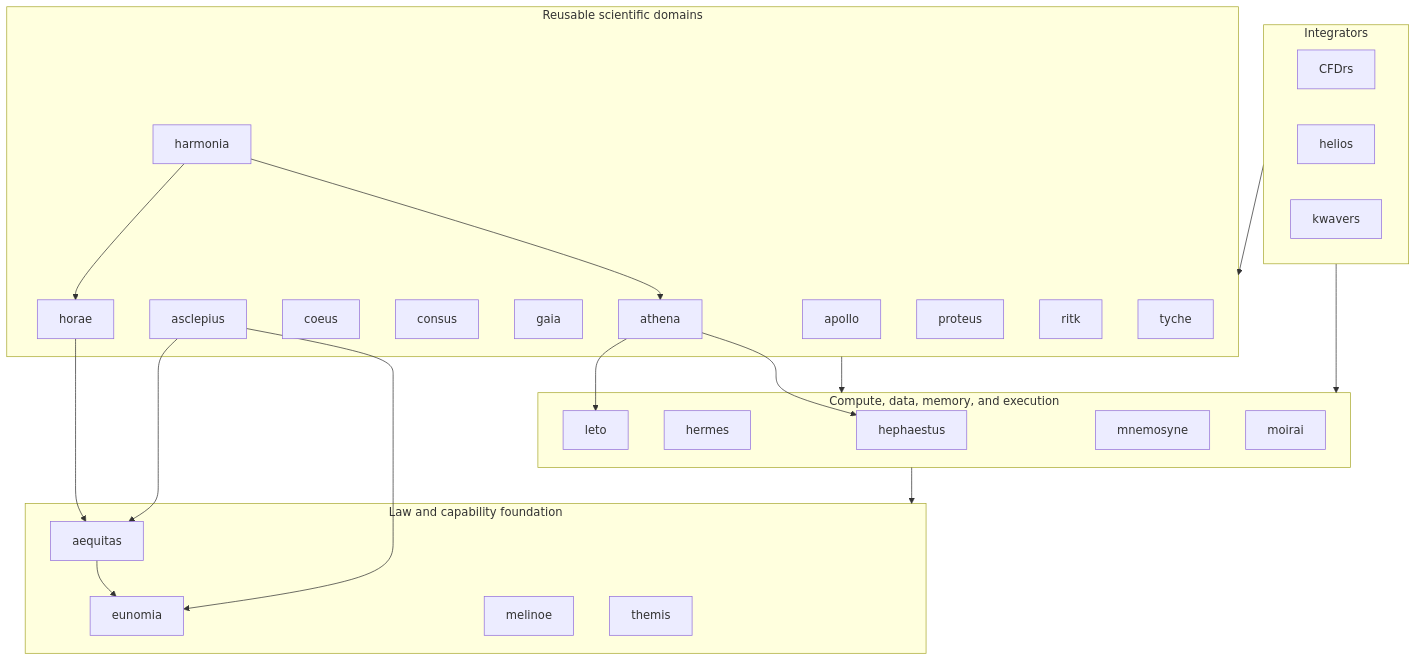
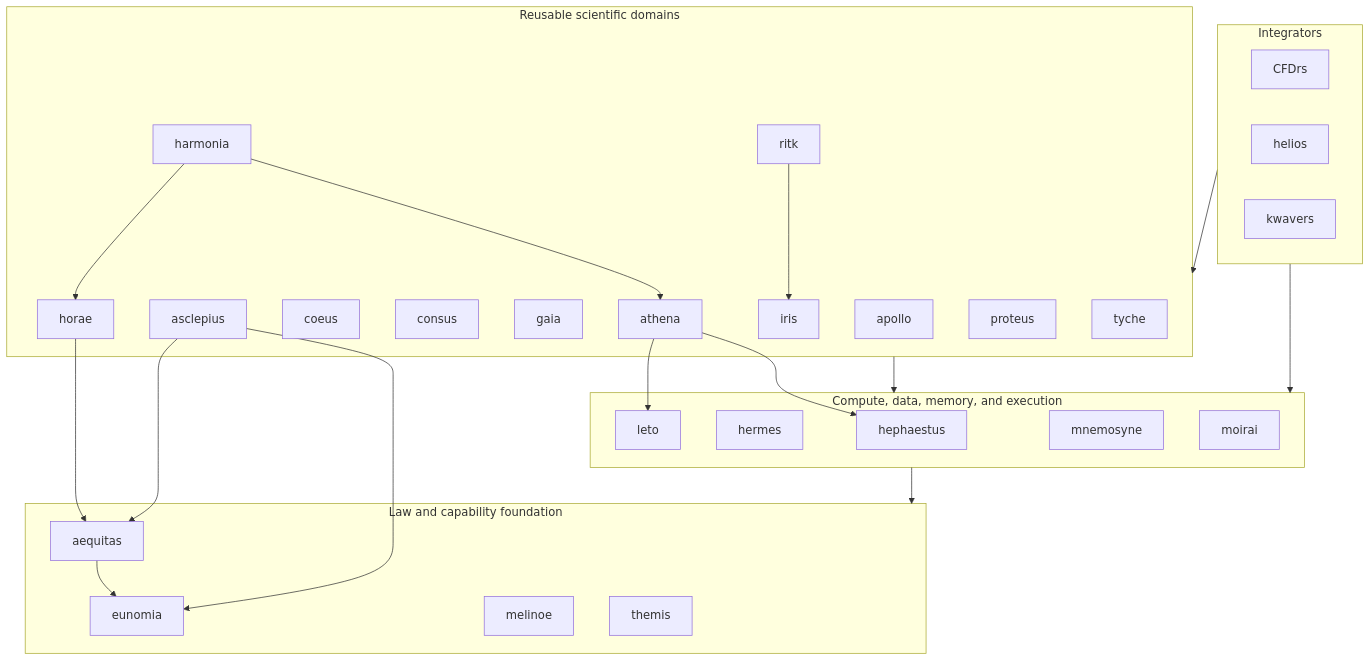
One commit to ryancinsight/atlas changed the diagram in README.md. Above: the diagram before and after it, drawn with Mermaid. The commit also changed other lines of this file and 7 other files, not shown here.

````diff
--- a/README.md
+++ b/README.md
@@ -78,50 +79,52 @@
 ```mermaid
 flowchart TB
     subgraph Integrators
         CFDrs
         helios
         kwavers
     end
 
     subgraph Domains["Reusable scientific domains"]
         apollo
         asclepius
         coeus
         consus
         gaia
         harmonia
         horae
+        iris
         athena
         proteus
         ritk
         tyche
     end
 
     subgraph Compute["Compute, data, memory, and execution"]
         hephaestus
         hermes
         leto
         mnemosyne
         moirai
     end
 
     subgraph Foundation["Law and capability foundation"]
         aequitas
         eunomia
         melinoe
         themis
     end
 
     Integrators --> Domains
     Integrators --> Compute
     Domains --> Compute
     Compute --> Foundation
     aequitas --> eunomia
     horae --> aequitas
     athena --> leto
     athena --> hephaestus
     harmonia --> horae
     harmonia --> athena
     asclepius --> aequitas
     asclepius --> eunomia
+    ritk --> iris
 ```
````
